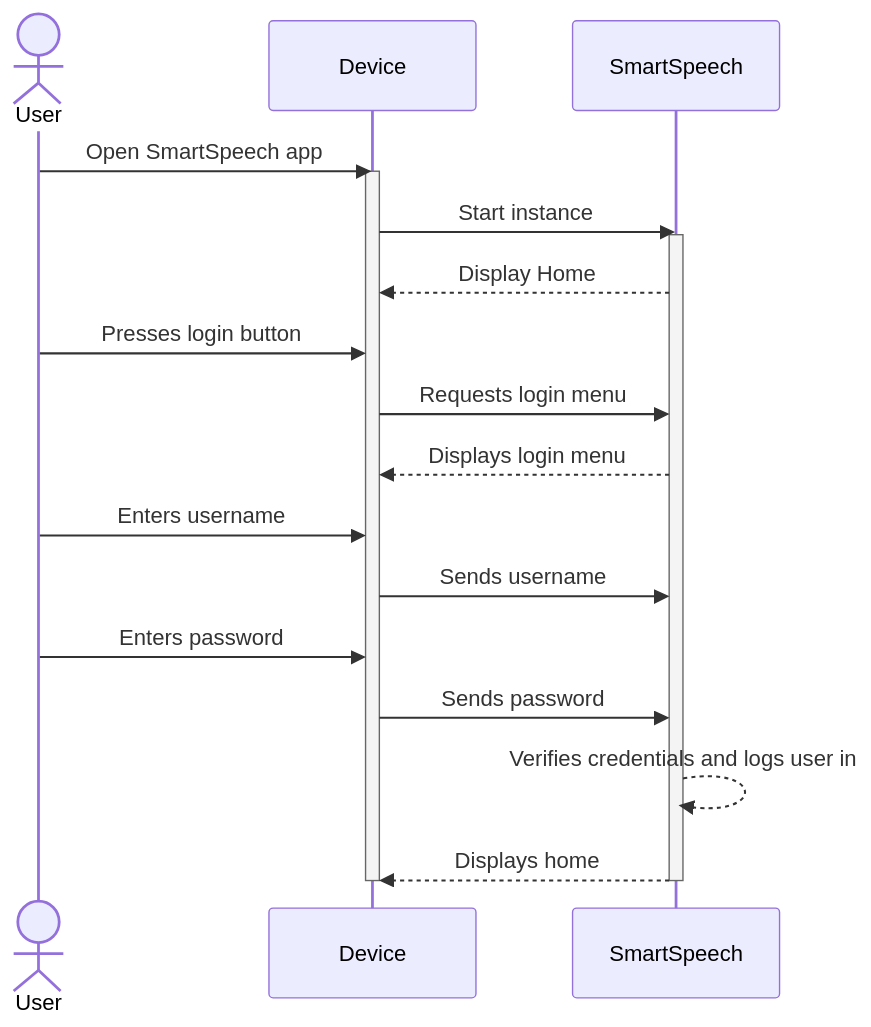
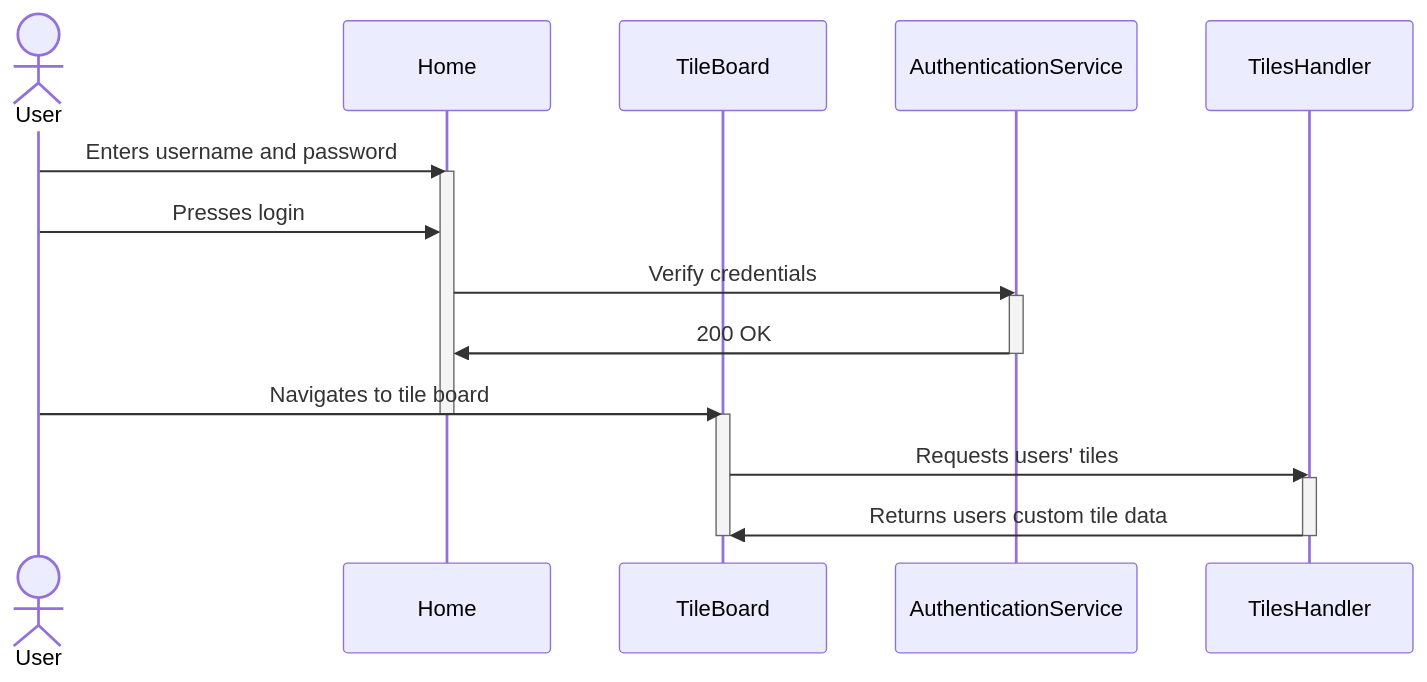
The eighth of 9 diagrams in documentation/docs/system-architecture/SequenceDiagrams.md (Capstone-Projects-2023-Fall/project-smartspeech), drawn with Mermaid before and after one commit. The commit also changed other lines of this file, not shown here.

Commit message:
Update sequence diagrams based on feedback

````diff
--- a/documentation/docs/system-architecture/SequenceDiagrams.md
+++ b/documentation/docs/system-architecture/SequenceDiagrams.md
@@ -369,26 +364,27 @@
 ```mermaid
 sequenceDiagram
     actor U as User
-    participant D as Device
-    participant S as SmartSpeech
+    participant H as Home
+    participant TB as TileBoard
+    participant A as AuthenticationService
+    participant TH as TilesHandler
 
-    U->>D: Open SmartSpeech app
-    activate D
-    D->>S: Start instance
-    activate S
-    S-->>D: Display Home
-    U->>D: Presses login button
-    D->>S: Requests login menu
-    S-->>D: Displays login menu
-   
-   
-    U->>D: Enters username
-    D->>S: Sends username
-    U->>D: Enters password
-    D->>S: Sends password
-    S-->>S: Verifies credentials and logs user in
-    S-->>D: Displays home
+    U->>H: Enters username and password
+    activate H
 
-    deactivate D
-    deactivate S
+    U->>H: Presses login
+    H->>A: Verify credentials
+    activate A
+    A->>H: 200 OK
+    deactivate A
+    U->>TB: Navigates to tile board
+    deactivate H
+    activate TB
+
+    TB->>TH: Requests users' tiles
+    activate TH
+    TH->>TB: Returns users custom tile data
+    deactivate TH
+
+    deactivate TB
 ```
````
